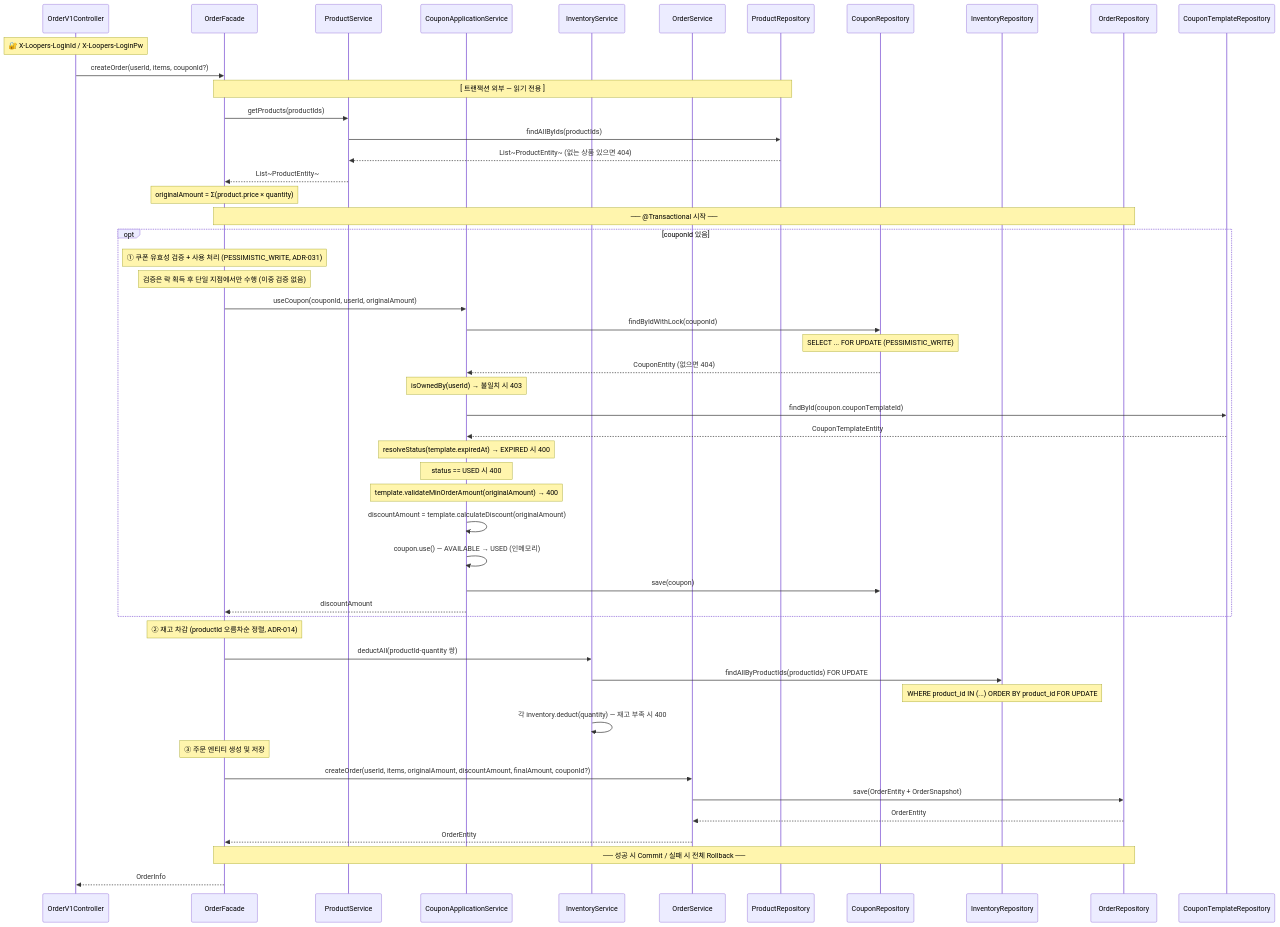
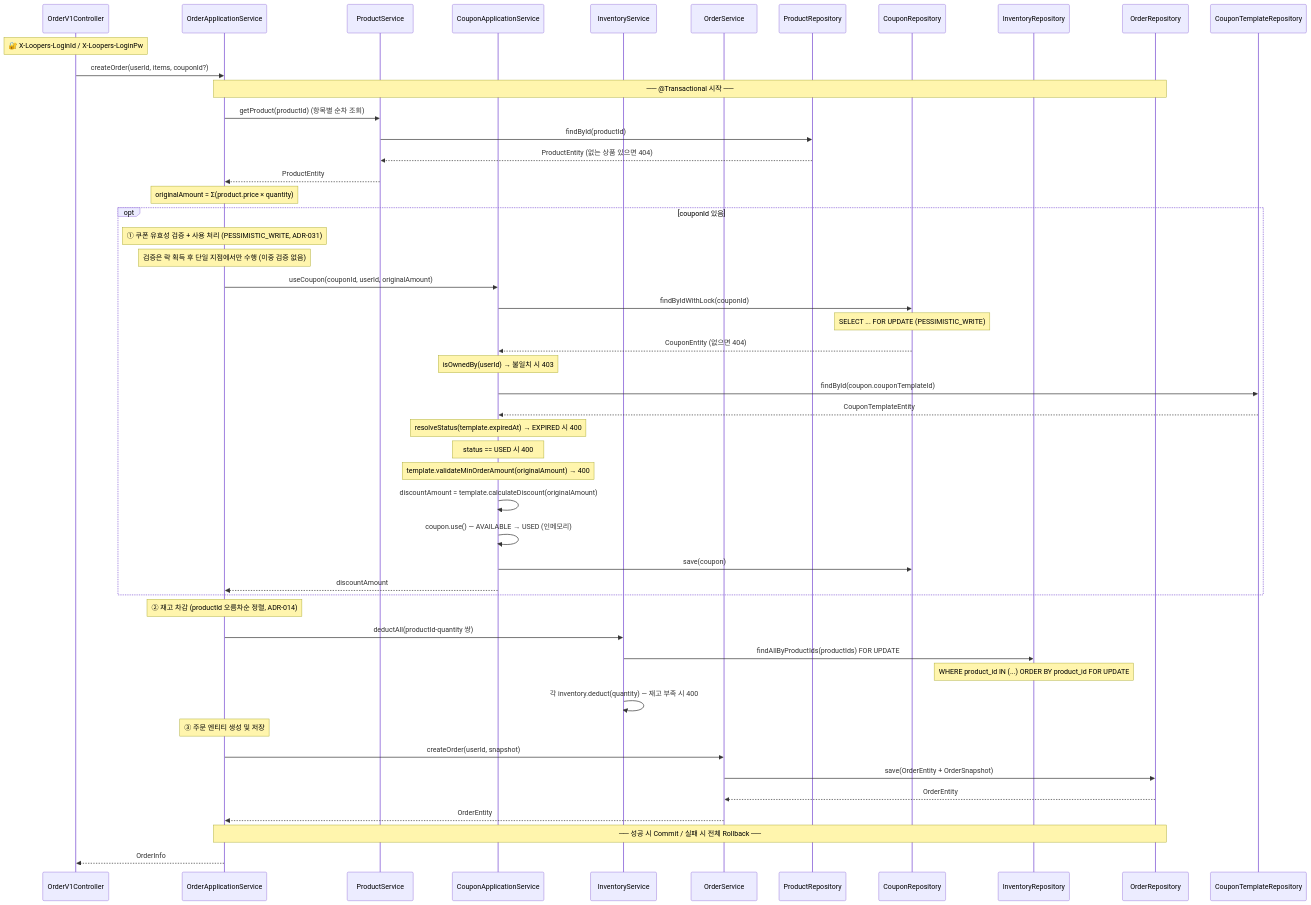
One commit to loopers-labs/loop-pack-be-l2-vol4-java changed the eighth of 10 diagrams in docs/02-sequence-diagrams.md. Above: the diagram before and after it, drawn with Mermaid. The commit also changed 44 other files, not shown here.

First line of the commit message:
refactor: Facade → ApplicationService 전환 및 Domain Service 제거

````diff
--- a/docs/02-sequence-diagrams.md
+++ b/docs/02-sequence-diagrams.md
@@ -231,62 +231,60 @@
 ```mermaid
 sequenceDiagram
     Note over OrderV1Controller: 🔐 X-Loopers-LoginId / X-Loopers-LoginPw
     participant OrderV1Controller
-    participant OrderFacade
+    participant OrderApplicationService
     participant ProductService
     participant CouponApplicationService
     participant InventoryService
     participant OrderService
     participant ProductRepository
     participant CouponRepository
     participant InventoryRepository
     participant OrderRepository
 
-    OrderV1Controller->>OrderFacade: createOrder(userId, items, couponId?)
+    OrderV1Controller->>OrderApplicationService: createOrder(userId, items, couponId?)
 
-    Note over OrderFacade,ProductRepository: [ 트랜잭션 외부 — 읽기 전용 ]
+    Note over OrderApplicationService,OrderRepository: ── @Transactional 시작 ──
 
-    OrderFacade->>ProductService: getProducts(productIds)
-    ProductService->>ProductRepository: findAllByIds(productIds)
-    ProductRepository-->>ProductService: List~ProductEntity~ (없는 상품 있으면 404)
-    ProductService-->>OrderFacade: List~ProductEntity~
+    OrderApplicationService->>ProductService: getProduct(productId) (항목별 순차 조회)
+    ProductService->>ProductRepository: findById(productId)
+    ProductRepository-->>ProductService: ProductEntity (없는 상품 있으면 404)
+    ProductService-->>OrderApplicationService: ProductEntity
 
-    Note over OrderFacade: originalAmount = Σ(product.price × quantity)
-
-    Note over OrderFacade,OrderRepository: ── @Transactional 시작 ──
+    Note over OrderApplicationService: originalAmount = Σ(product.price × quantity)
 
     opt couponId 있음
-        Note over OrderFacade: ① 쿠폰 유효성 검증 + 사용 처리 (PESSIMISTIC_WRITE, ADR-031)
-        Note over OrderFacade: 검증은 락 획득 후 단일 지점에서만 수행 (이중 검증 없음)
-        OrderFacade->>CouponApplicationService: useCoupon(couponId, userId, originalAmount)
+        Note over OrderApplicationService: ① 쿠폰 유효성 검증 + 사용 처리 (PESSIMISTIC_WRITE, ADR-031)
+        Note over OrderApplicationService: 검증은 락 획득 후 단일 지점에서만 수행 (이중 검증 없음)
+        OrderApplicationService->>CouponApplicationService: useCoupon(couponId, userId, originalAmount)
         CouponApplicationService->>CouponRepository: findByIdWithLock(couponId)
         Note over CouponRepository: SELECT ... FOR UPDATE (PESSIMISTIC_WRITE)
         CouponRepository-->>CouponApplicationService: CouponEntity (없으면 404)
         Note over CouponApplicationService: isOwnedBy(userId) → 불일치 시 403
         CouponApplicationService->>CouponTemplateRepository: findById(coupon.couponTemplateId)
         CouponTemplateRepository-->>CouponApplicationService: CouponTemplateEntity
         Note over CouponApplicationService: resolveStatus(template.expiredAt) → EXPIRED 시 400
         Note over CouponApplicationService: status == USED 시 400
         Note over CouponApplicationService: template.validateMinOrderAmount(originalAmount) → 400
         CouponApplicationService->>CouponApplicationService: discountAmount = template.calculateDiscount(originalAmount)
         CouponApplicationService->>CouponApplicationService: coupon.use() — AVAILABLE → USED (인메모리)
         CouponApplicationService->>CouponRepository: save(coupon)
-        CouponApplicationService-->>OrderFacade: discountAmount
+        CouponApplicationService-->>OrderApplicationService: discountAmount
     end
 
-    Note over OrderFacade: ② 재고 차감 (productId 오름차순 정렬, ADR-014)
-    OrderFacade->>InventoryService: deductAll(productId-quantity 쌍)
+    Note over OrderApplicationService: ② 재고 차감 (productId 오름차순 정렬, ADR-014)
+    OrderApplicationService->>InventoryService: deductAll(productId-quantity 쌍)
     InventoryService->>InventoryRepository: findAllByProductIds(productIds) FOR UPDATE
     Note over InventoryRepository: WHERE product_id IN (...) ORDER BY product_id FOR UPDATE
     InventoryService->>InventoryService: 각 inventory.deduct(quantity) — 재고 부족 시 400
 
-    Note over OrderFacade: ③ 주문 엔티티 생성 및 저장
-    OrderFacade->>OrderService: createOrder(userId, items, originalAmount, discountAmount, finalAmount, couponId?)
+    Note over OrderApplicationService: ③ 주문 엔티티 생성 및 저장
+    OrderApplicationService->>OrderService: createOrder(userId, snapshot)
     OrderService->>OrderRepository: save(OrderEntity + OrderSnapshot)
     OrderRepository-->>OrderService: OrderEntity
-    OrderService-->>OrderFacade: OrderEntity
+    OrderService-->>OrderApplicationService: OrderEntity
 
-    Note over OrderFacade,OrderRepository: ── 성공 시 Commit / 실패 시 전체 Rollback ──
+    Note over OrderApplicationService,OrderRepository: ── 성공 시 Commit / 실패 시 전체 Rollback ──
 
-    OrderFacade-->>OrderV1Controller: OrderInfo
+    OrderApplicationService-->>OrderV1Controller: OrderInfo
 ```
````
